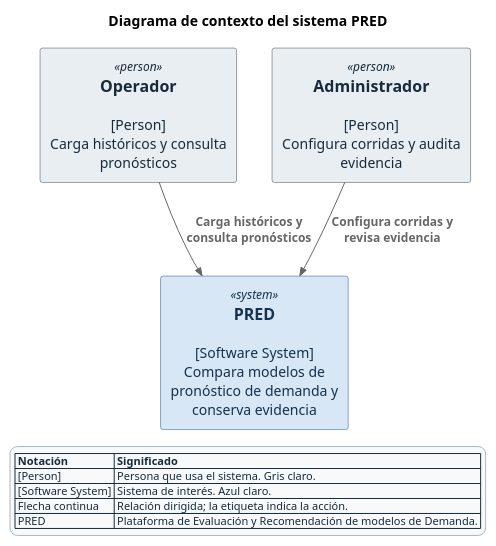
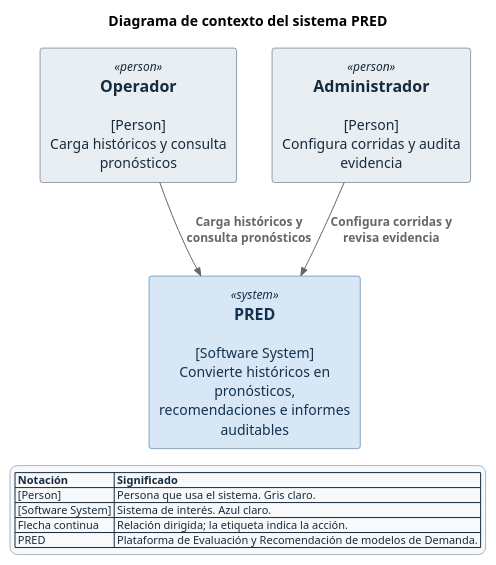
One commit to pred-javeriana/pred-docs changed the diagram in memoria/tesis/img/architecture/diag_contexto.puml. Above: the diagram before and after it, drawn with PlantUML. The commit also changed 7 other files, not shown here.

Commit message:
docs: Ampliar diagramas C4 al diseño objetivo

```diff
--- a/memoria/tesis/img/architecture/diag_contexto.puml
+++ b/memoria/tesis/img/architecture/diag_contexto.puml
@@ -1,30 +1,30 @@
 @startuml
 !include <c4/C4_Context>
 LAYOUT_TOP_DOWN()
 HIDE_PERSON_SPRITE()
 UpdateElementStyle("person", $bgColor="#e9eef2", $fontColor="#172b3d", $borderColor="#344a5e")
 UpdateElementStyle("system", $bgColor="#d7e7f5", $fontColor="#14324d", $borderColor="#225580")
 skinparam backgroundColor white
 skinparam shadowing false
 skinparam legendFontColor #172b3d
 skinparam legendFontSize 11
 skinparam legendBackgroundColor #f7f9fb
 skinparam legendBorderColor #aab7c2
 title Diagrama de contexto del sistema PRED
 
 Person(operador, "Operador", "[Person]\nCarga históricos y consulta pronósticos")
 Person(administrador, "Administrador", "[Person]\nConfigura corridas y audita evidencia")
-System(pred, "PRED", "[Software System]\nCompara modelos de pronóstico de demanda y conserva evidencia")
+System(pred, "PRED", "[Software System]\nConvierte históricos en pronósticos, recomendaciones e informes auditables")
 
 Rel(operador, pred, "Carga históricos y consulta pronósticos")
 Rel(administrador, pred, "Configura corridas y revisa evidencia")
 Lay_R(operador, administrador)
 
 legend bottom
 |= Notación |= Significado |
 | [Person] | Persona que usa el sistema. Gris claro. |
 | [Software System] | Sistema de interés. Azul claro. |
 | Flecha continua | Relación dirigida; la etiqueta indica la acción. |
 | PRED | Plataforma de Evaluación y Recomendación de modelos de Demanda. |
 endlegend
 @enduml
```
